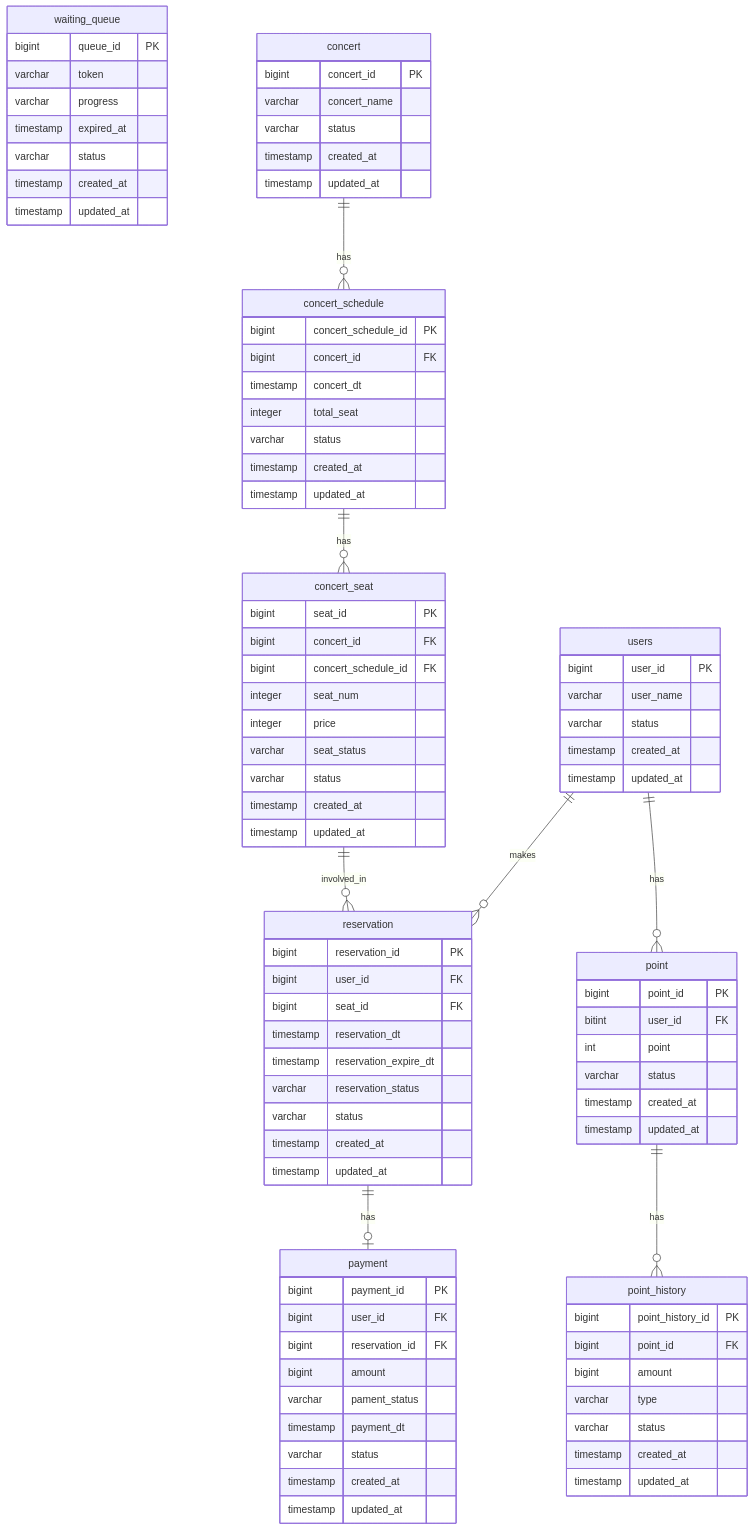
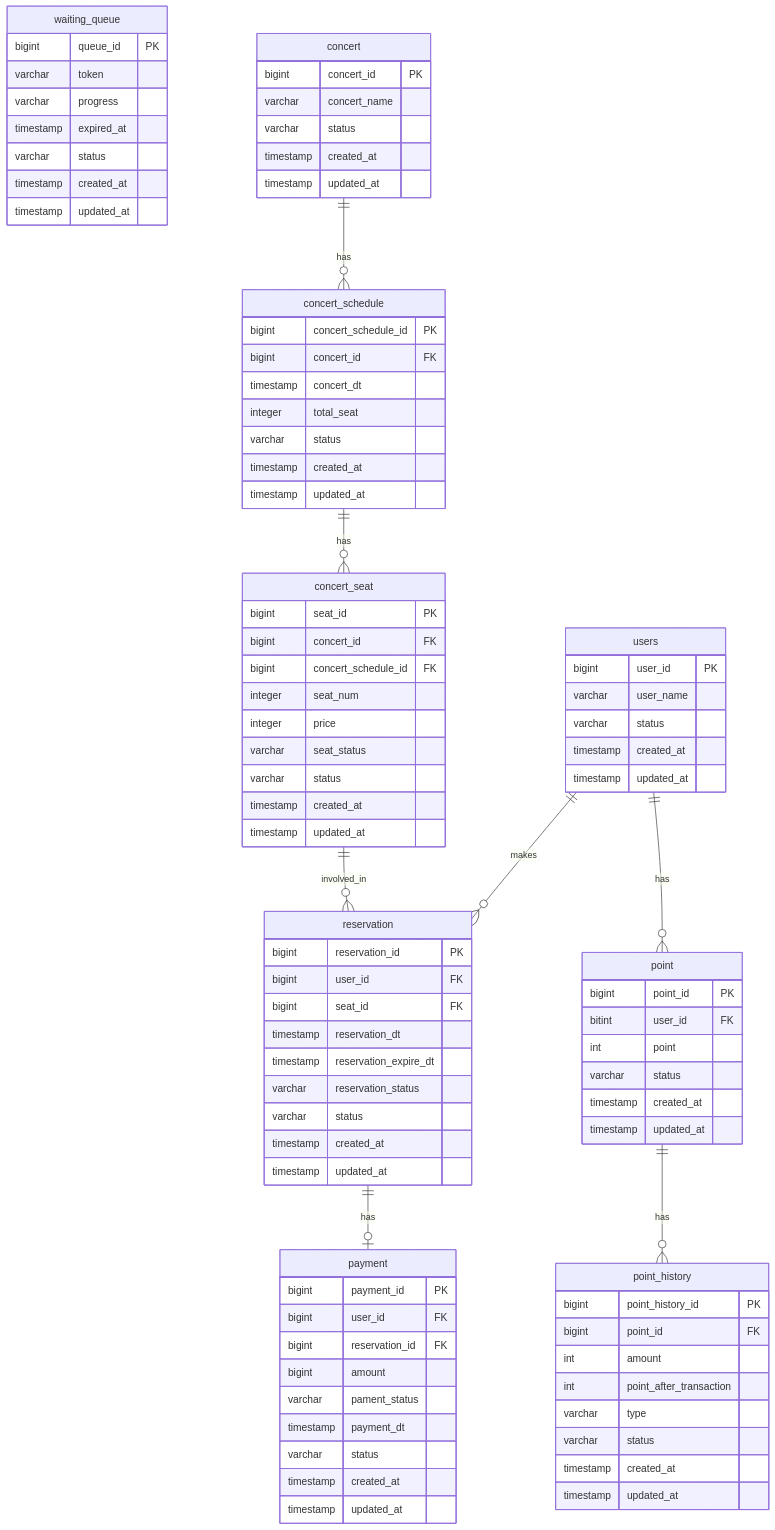
One commit to leehanna602/hhplus-server-construction changed the diagram in docs/ERD.md. Above: the diagram before and after it, drawn with Mermaid. The commit also changed 12 other files, not shown here.

```diff
--- a/docs/ERD.md
+++ b/docs/ERD.md
@@ -85,7 +85,8 @@
     point_history {
         bigint point_history_id PK
         bigint point_id FK
-        bigint amount
+        int amount
+        int point_after_transaction
         varchar type
         varchar status
         timestamp created_at
```
